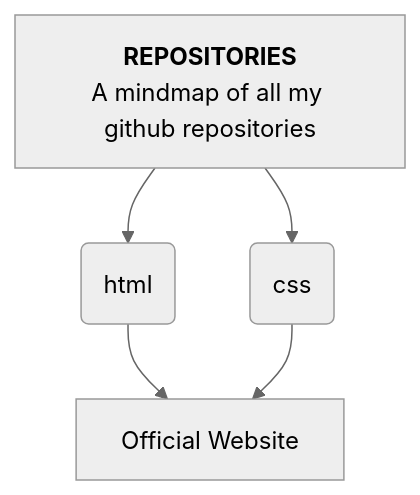
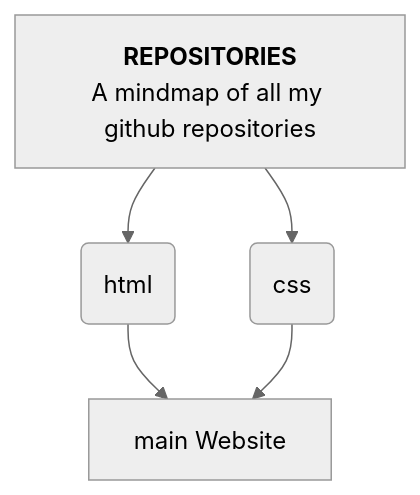
Before and after one commit to ABHIJEETH-V-N/ABHIJEETH-V-N: the diagram in README.md, drawn with Mermaid (neutral theme).

````diff
--- a/README.md
+++ b/README.md
@@ -10,10 +10,10 @@
 ```mermaid
 %%{init: {"flowchart": {"htmlLabels": false}} }%%
 flowchart TD
 markdown["`**REPOSITORIES**
 A mindmap of all my github repositories`"]    
 markdown -->A(html)
 markdown-->B(css)
-A-->re1[Official Website]
+A-->re1[main Website]
 B-->re1
 ```
````
